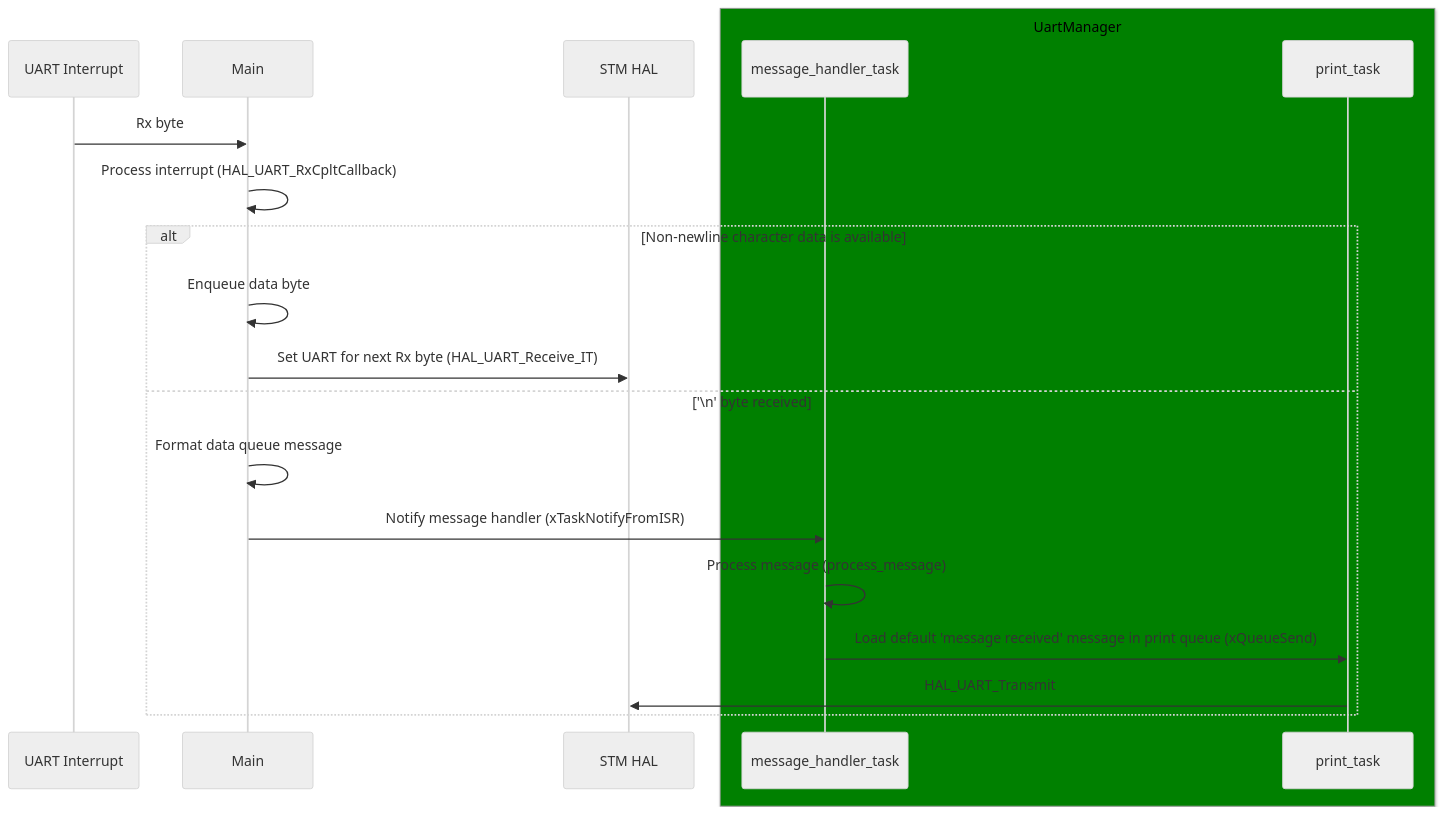
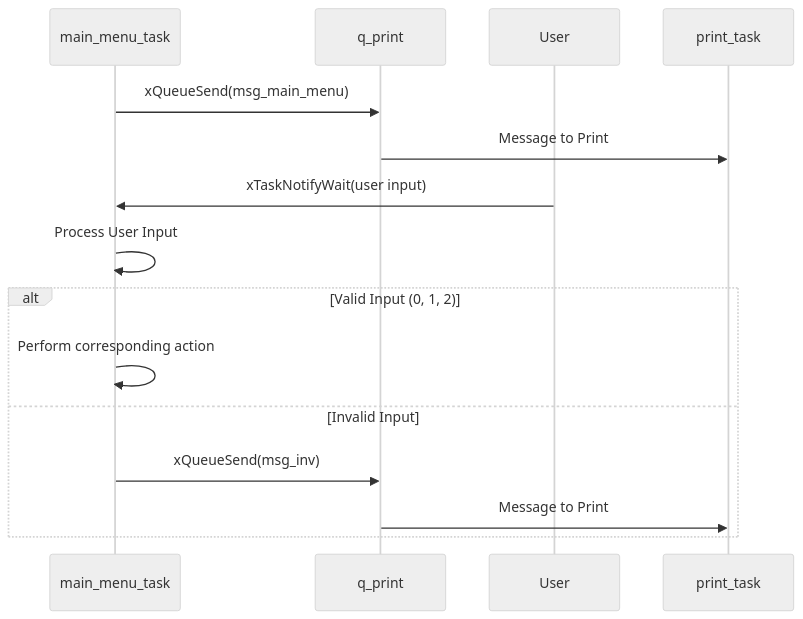
The second of 2 diagrams in FreeRTOSDemoProject/Docs/Tasks/UartManager.md (c-coyne/stm32f407-freertos-demo), drawn with Mermaid (neutral theme) before and after one commit. The commit also changed other lines of this file and 9 other files, not shown here.

Commit message:
Updated README.md, moved main_menu_task documentation to UartManager.md

````diff
--- a/FreeRTOSDemoProject/Docs/Tasks/UartManager.md
+++ b/FreeRTOSDemoProject/Docs/Tasks/UartManager.md
@@ -115,25 +173,20 @@
 ```mermaid
 sequenceDiagram
-    
-    participant UI as UART Interrupt
-    participant M as Main
-    participant STM as STM HAL
-    box Green UartManager
-    participant MHT as message_handler_task
-    participant PT as print_task
+    participant MainMenuTask as main_menu_task
+    participant PrintQueue as q_print
+    participant User as User
+    participant PrintTask as print_task
+
+    MainMenuTask ->> PrintQueue: xQueueSend(msg_main_menu)
+    PrintQueue ->> PrintTask: Message to Print
+    User ->> MainMenuTask: xTaskNotifyWait(user input)
+    MainMenuTask ->> MainMenuTask: Process User Input
+    alt Valid Input (0, 1, 2)
+        MainMenuTask ->> MainMenuTask: Perform corresponding action
+    else Invalid Input
+        MainMenuTask ->> PrintQueue: xQueueSend(msg_inv)
+        PrintQueue ->> PrintTask: Message to Print
     end
 
-    UI->>M: Rx byte
-    M->>M: Process interrupt (HAL_UART_RxCpltCallback)
-    alt Non-newline character data is available
-        M->>M: Enqueue data byte
-        M->>STM: Set UART for next Rx byte (HAL_UART_Receive_IT)
-    else '\n' byte received
-        M->>M: Format data queue message
-        M->>MHT: Notify message handler (xTaskNotifyFromISR)
-        MHT->>MHT: Process message (process_message)
-        MHT->>PT: Load default 'message received' message in print queue (xQueueSend)
-        PT->>STM: HAL_UART_Transmit
-    end
 
 ```
````
